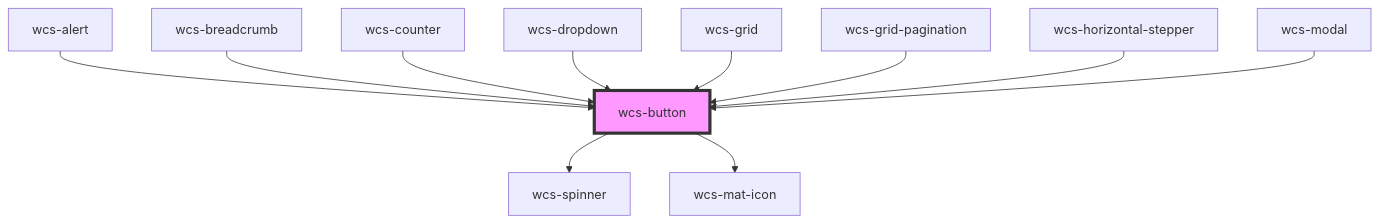
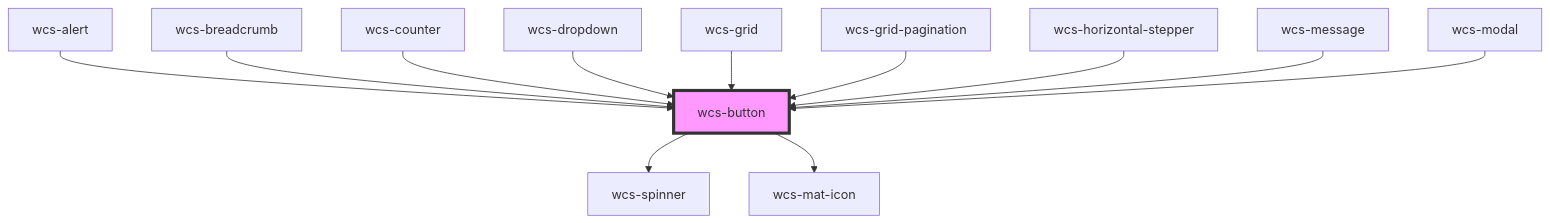
One commit to SNCFdevelopers/wcs changed the diagram in src/components/button/readme.md. Above: the diagram before and after it, drawn with Mermaid. The commit also changed other lines of this file and 20 other files, not shown here.

````diff
--- a/src/components/button/readme.md
+++ b/src/components/button/readme.md
@@ -77,14 +78,15 @@
 ```mermaid
 graph TD;
   wcs-button --> wcs-spinner
   wcs-button --> wcs-mat-icon
   wcs-alert --> wcs-button
   wcs-breadcrumb --> wcs-button
   wcs-counter --> wcs-button
   wcs-dropdown --> wcs-button
   wcs-grid --> wcs-button
   wcs-grid-pagination --> wcs-button
   wcs-horizontal-stepper --> wcs-button
+  wcs-message --> wcs-button
   wcs-modal --> wcs-button
   style wcs-button fill:#f9f,stroke:#333,stroke-width:4px
 ```
````
